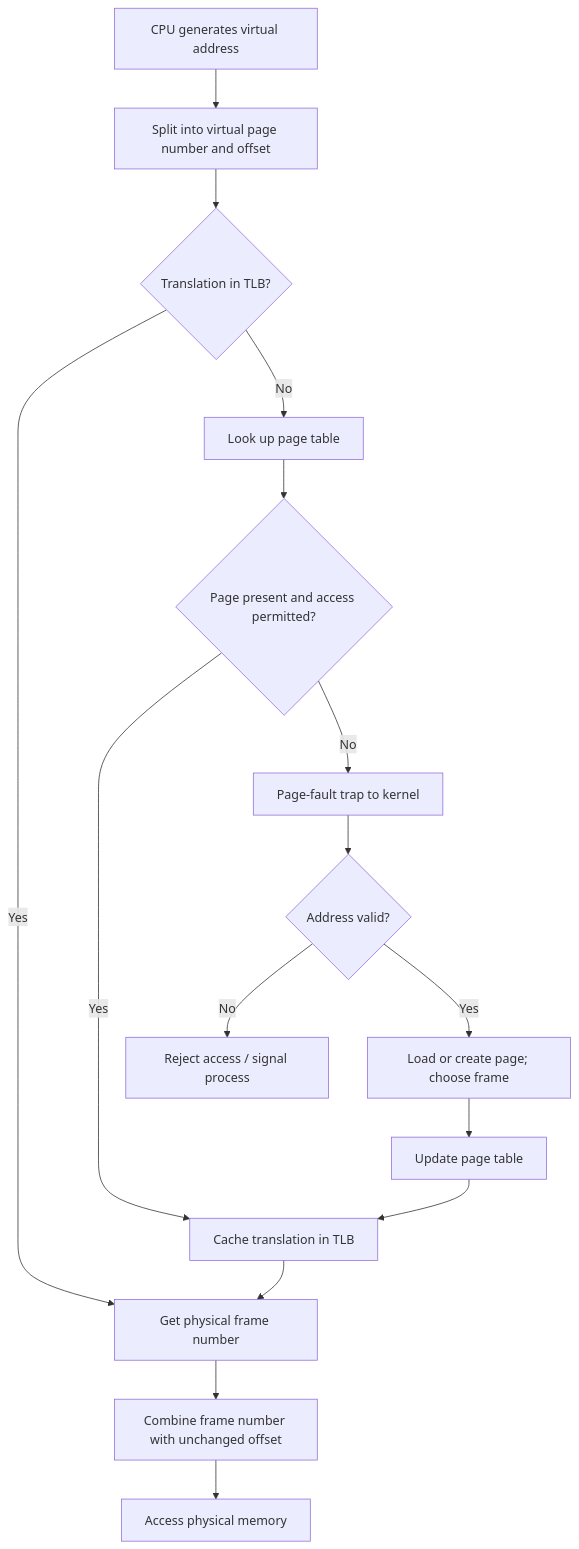
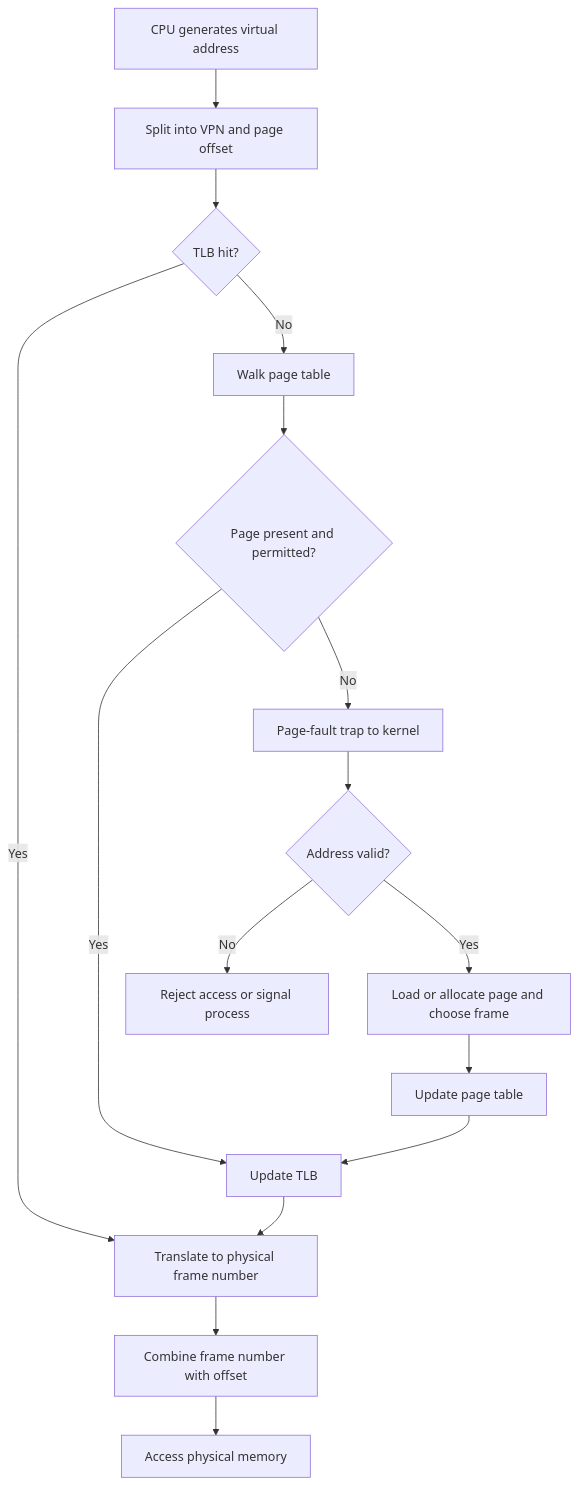
Before and after one commit to Prashant-treat/OS: the fifth of 10 diagrams in diagram.md, drawn with Mermaid. The commit also changed other lines of this file, not shown here.

Commit message:
Revise diagram.md to enhance clarity and organization of OS concepts, updating Mermaid diagrams for architecture, boot process, process scheduling, memory translation, synchronization, deadlock, and file operations.

````diff
--- a/diagram.md
+++ b/diagram.md
@@ -90,18 +79,18 @@
 ```mermaid
 flowchart TD
-		A[CPU generates virtual address] --> B[Split into virtual page number and offset]
-		B --> C{Translation in TLB?}
-		C -- Yes --> D[Get physical frame number]
-		C -- No --> E[Look up page table]
-		E --> F{Page present and access permitted?}
-		F -- Yes --> G[Cache translation in TLB]
-		G --> D
-		F -- No --> H[Page-fault trap to kernel]
-		H --> I{Address valid?}
-		I -- No --> J[Reject access / signal process]
-		I -- Yes --> K[Load or create page; choose frame]
-		K --> L[Update page table]
-		L --> G
-		D --> M[Combine frame number with unchanged offset]
-		M --> N[Access physical memory]
+    A[CPU generates virtual address] --> B[Split into VPN and page offset]
+    B --> C{TLB hit?}
+    C -- Yes --> D[Translate to physical frame number]
+    C -- No --> E[Walk page table]
+    E --> F{Page present and permitted?}
+    F -- Yes --> G[Update TLB]
+    G --> D
+    F -- No --> H[Page-fault trap to kernel]
+    H --> I{Address valid?}
+    I -- No --> J[Reject access or signal process]
+    I -- Yes --> K[Load or allocate page and choose frame]
+    K --> L[Update page table]
+    L --> G
+    D --> M[Combine frame number with offset]
+    M --> N[Access physical memory]
 ```
````
